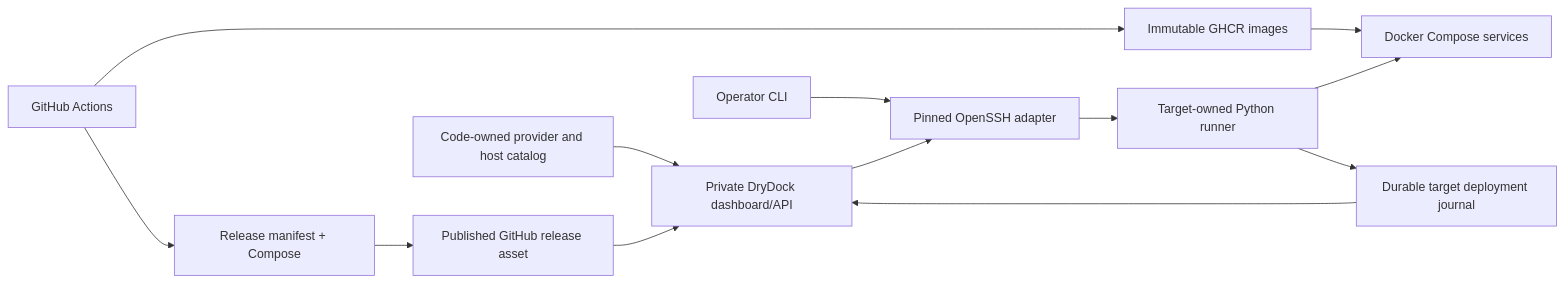
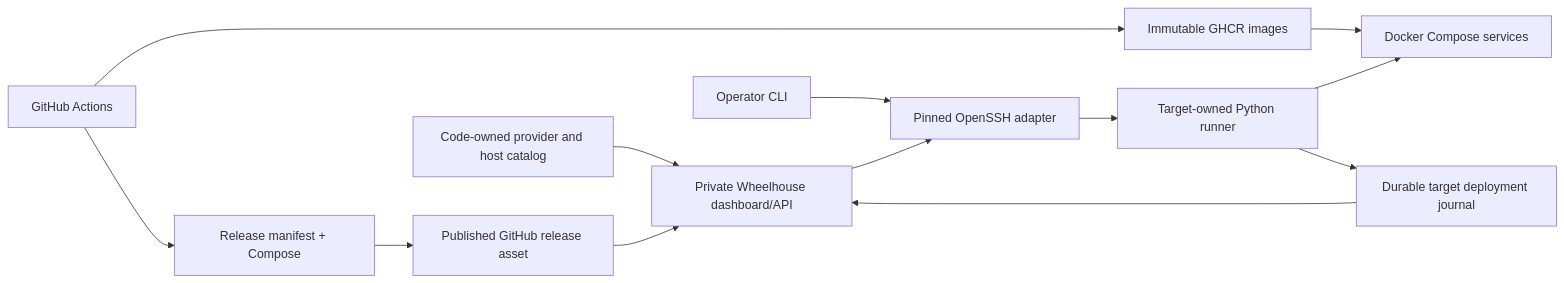
One commit to wow-two-platform/wow-two-platform.drydock changed the diagram in engineering/architecture/architecture.md. Above: the diagram before and after it, drawn with Mermaid. The commit also changed other lines of this file and 322 other files, not shown here.

````diff
--- a/engineering/architecture/architecture.md
+++ b/engineering/architecture/architecture.md
@@ -12,15 +12,15 @@
 ```mermaid
 flowchart LR
   CI[GitHub Actions] --> Images[Immutable GHCR images]
   CI --> Bundle[Release manifest + Compose]
   Bundle --> Release[Published GitHub release asset]
-  Release --> Dock[Private DryDock dashboard/API]
+  Release --> Dock[Private Wheelhouse dashboard/API]
   Fleet[Code-owned provider and host catalog] --> Dock
   Dock --> SSH[Pinned OpenSSH adapter]
   Operator[Operator CLI] --> SSH
   SSH --> Runner[Target-owned Python runner]
   Runner --> Compose[Docker Compose services]
   Images --> Compose
   Runner --> Journal[Durable target deployment journal]
   Journal --> Dock
 ```
````
